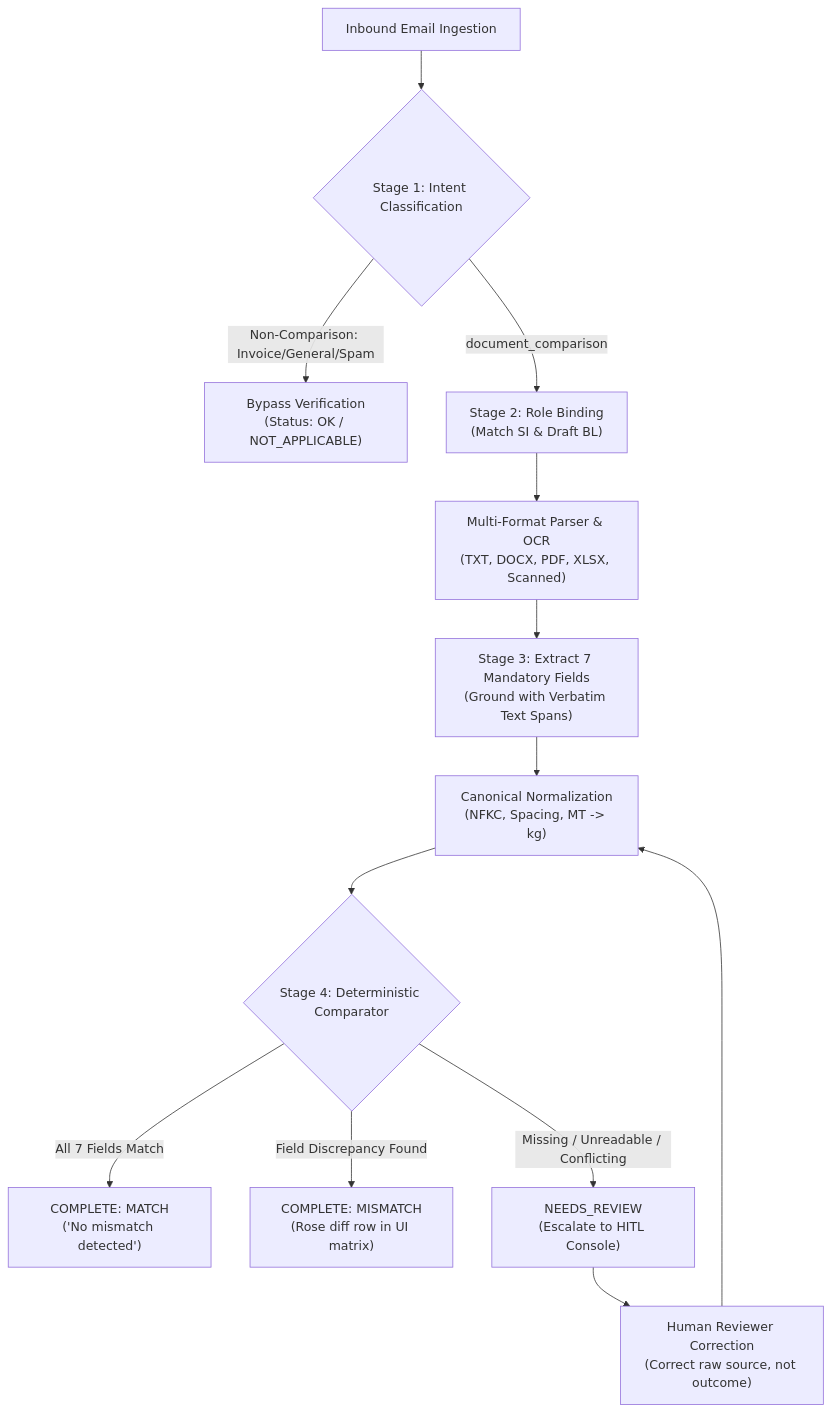
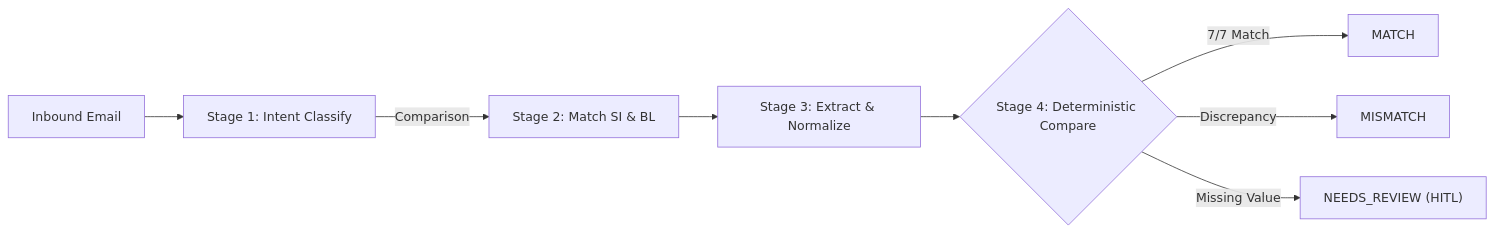
Before and after one commit to Tofui03/hackaton--the-farmer: the diagram in README.md, drawn with Mermaid. The commit also changed other lines of this file, not shown here.

````diff
--- a/README.md
+++ b/README.md
@@ -44,18 +28,10 @@
 ```mermaid
-flowchart TD
-    A["Inbound Email Ingestion"] --> B{"Stage 1: Intent Classification"}
-    B -->|Non-Comparison: Invoice/General/Spam| C["Bypass Verification\n(Status: OK / NOT_APPLICABLE)"]
-    B -->|document_comparison| D["Stage 2: Role Binding\n(Match SI & Draft BL)"]
-    
-    D --> E["Multi-Format Parser & OCR\n(TXT, DOCX, PDF, XLSX, Scanned)"]
-    E --> F["Stage 3: Extract 7 Mandatory Fields\n(Ground with Verbatim Text Spans)"]
-    F --> G["Canonical Normalization\n(NFKC, Spacing, MT -> kg)"]
-    G --> H{"Stage 4: Deterministic Comparator"}
-    
-    H -->|All 7 Fields Match| I["COMPLETE: MATCH\n('No mismatch detected')"]
-    H -->|Field Discrepancy Found| J["COMPLETE: MISMATCH\n(Rose diff row in UI matrix)"]
-    H -->|Missing / Unreadable / Conflicting| K["NEEDS_REVIEW\n(Escalate to HITL Console)"]
-    
-    K --> L["Human Reviewer Correction\n(Correct raw source, not outcome)"]
-    L --> G
+flowchart LR
+    A["Inbound Email"] --> B["Stage 1: Intent Classify"]
+    B -->|Comparison| C["Stage 2: Match SI & BL"]
+    C --> D["Stage 3: Extract & Normalize"]
+    D --> E{"Stage 4: Deterministic Compare"}
+    E -->|7/7 Match| F["MATCH"]
+    E -->|Discrepancy| G["MISMATCH"]
+    E -->|Missing Value| H["NEEDS_REVIEW (HITL)"]
 ```
````
